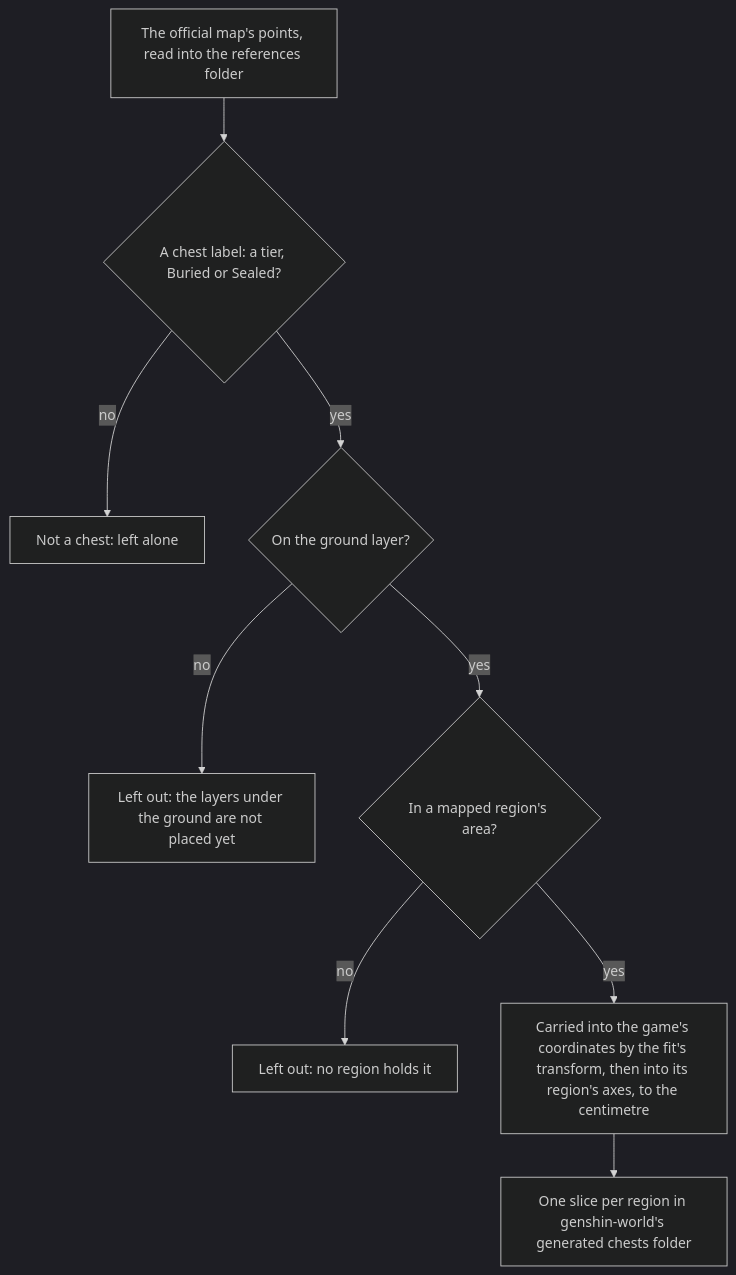
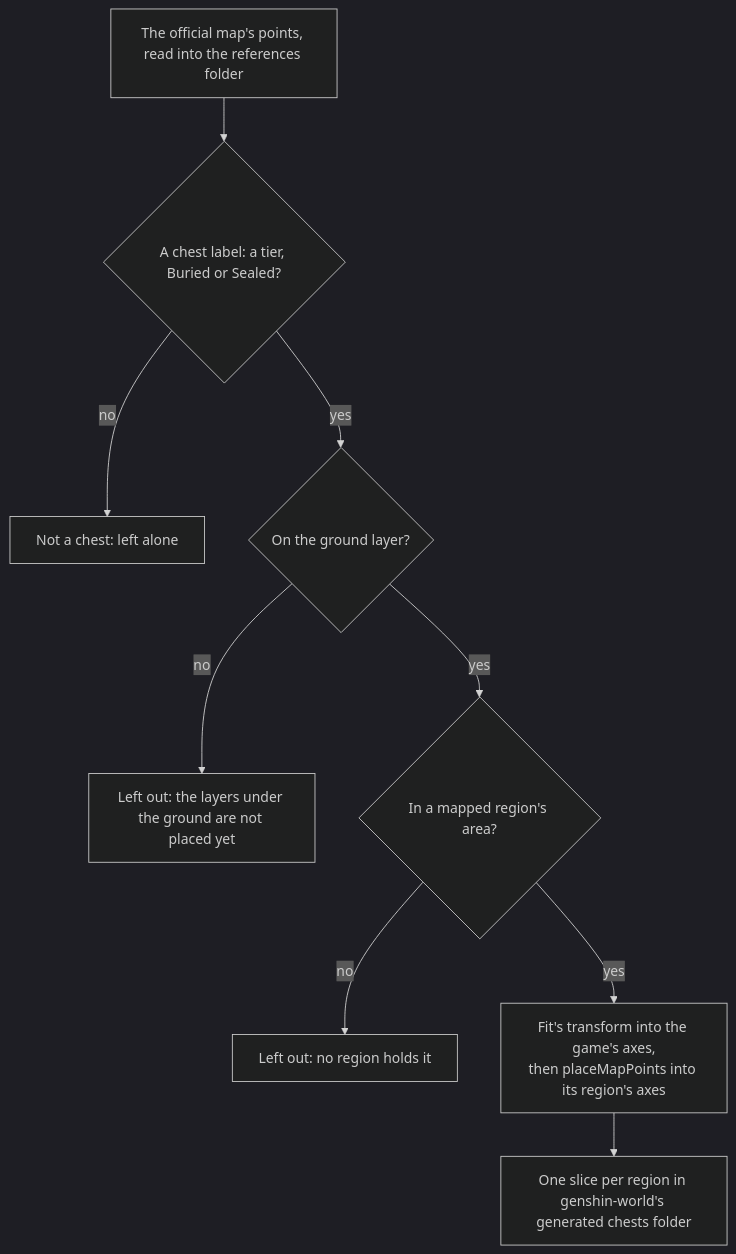
One commit to Esposter/Esposter changed the diagram in apps/web/content/docs/genshin/chests.md. Above: the diagram before and after it, drawn with Mermaid (dark theme). The commit also changed 2 other files, not shown here.

Commit message:
docs(genshin): shorten the chests, forging and quests diagram labels to a name and one qualifier
The docs index test caps a Mermaid label at 90 characters and two line breaks.
Each of the three labels ran past it, so each now carries the prose's own terms
(placeMapPoints, the Traveler's doing, the forge's rank) and drops the clauses the
page already states.

Claude-Session: https://claude.ai/code/session_01G7vjWfdLPLc2TiVG7vjBEM

````diff
--- a/apps/web/content/docs/genshin/chests.md
+++ b/apps/web/content/docs/genshin/chests.md
@@ -12,11 +12,11 @@
 ```mermaid
 flowchart TD
   P["The official map's points, read into the references folder"] --> K{"A chest label: a tier, Buried or Sealed?"}
   K -->|"no"| SKIP["Not a chest: left alone"]
   K -->|"yes"| L{"On the ground layer?"}
   L -->|"no"| UG["Left out: the layers under the ground are not placed yet"]
   L -->|"yes"| A{"In a mapped region's area?"}
   A -->|"no"| UM["Left out: no region holds it"]
-  A -->|"yes"| T["Carried into the game's coordinates by the fit's transform, then into its region's axes, to the centimetre"]
+  A -->|"yes"| T["Fit's transform into the game's axes,<br/>then placeMapPoints into its region's axes"]
   T --> S["One slice per region in genshin-world's generated chests folder"]
 ```
````
